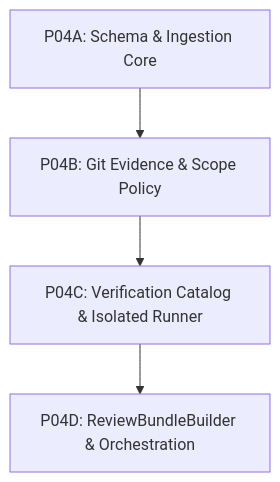
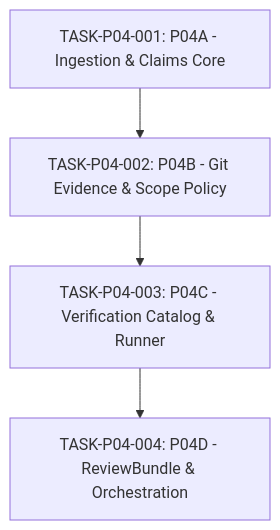
One commit to trungqwe/ai-supervisor changed the diagram in docs/proposals/PROPOSAL-P04-001-evidence-review-engine-boundaries.md. Above: the diagram before and after it, drawn with Mermaid. The commit also changed other lines of this file and 5 other files, not shown here.

Commit message:
docs(p04): record External Audit 001 and remediate pre-contract architecture across proposal, ADR-018, and plan

````diff
--- a/docs/proposals/PROPOSAL-P04-001-evidence-review-engine-boundaries.md
+++ b/docs/proposals/PROPOSAL-P04-001-evidence-review-engine-boundaries.md
@@ -403,6 +345,6 @@
 ```mermaid
 graph TD
-    P04A[P04A: Schema & Ingestion Core] --> P04B[P04B: Git Evidence & Scope Policy]
-    P04B --> P04C[P04C: Verification Catalog & Isolated Runner]
-    P04C --> P04D[P04D: ReviewBundleBuilder & Orchestration]
+    P04A[TASK-P04-001: P04A - Ingestion & Claims Core] --> P04B[TASK-P04-002: P04B - Git Evidence & Scope Policy]
+    P04B --> P04C[TASK-P04-003: P04C - Verification Catalog & Runner]
+    P04C --> P04D[TASK-P04-004: P04D - ReviewBundle & Orchestration]
 ```
````
